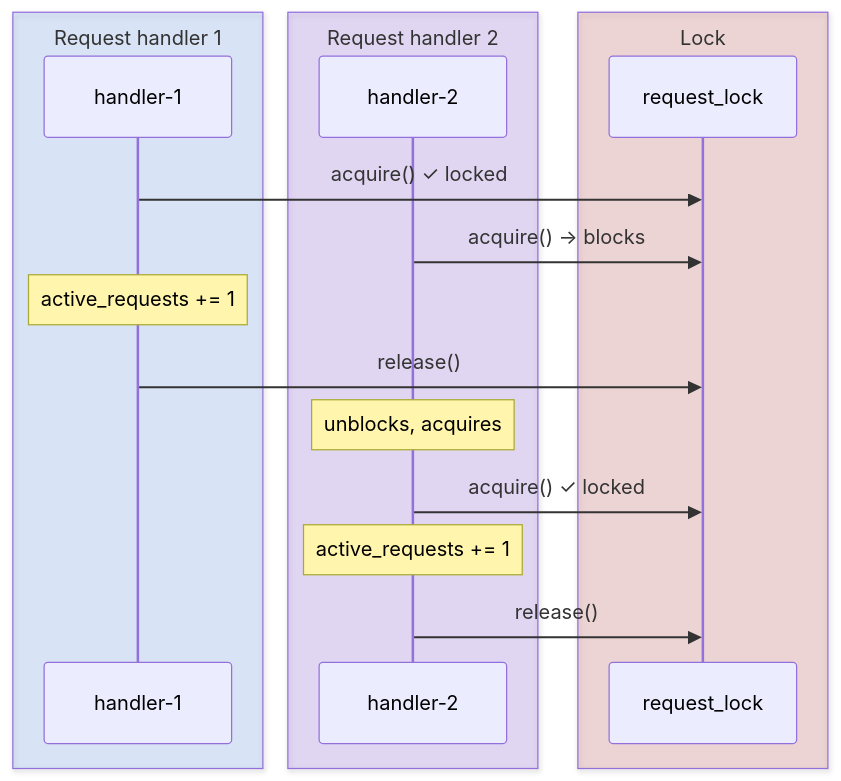
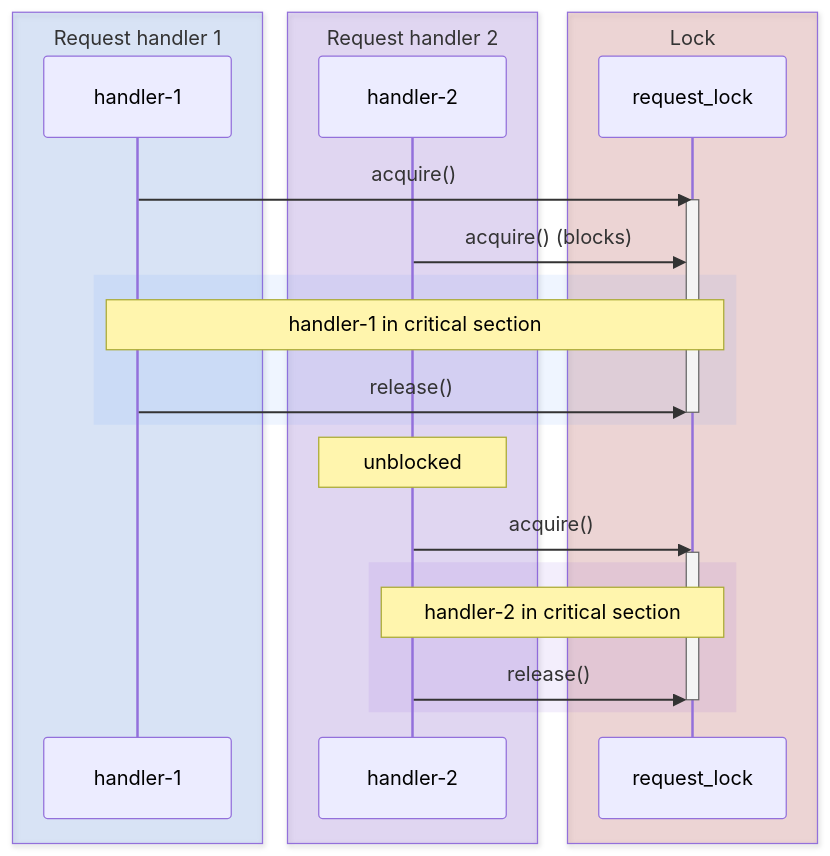
The first of 16 diagrams in content/posts/blanket-deterministic-threading/index.md (gaborbernat/bernat-tech), drawn with Mermaid before and after one commit. The commit also changed other lines of this file, not shown here.

First line of the commit message:
Fix mermaid diagrams: validate with mmdc, fix activation syntax

````diff
--- a/content/posts/blanket-deterministic-threading/index.md
+++ b/content/posts/blanket-deterministic-threading/index.md
@@ -119,21 +119,29 @@
 ```mermaid
 sequenceDiagram
     box rgba(59,130,246,0.15) Request handler 1
-        participant H1 as handler-1
+        participant A as handler-1
     end
     box rgba(109,40,217,0.15) Request handler 2
-        participant H2 as handler-2
+        participant B as handler-2
     end
     box rgba(185,28,28,0.15) Lock
         participant L as request_lock
     end
 
-    H1->>L: acquire() ✓ locked
-    H2->>L: acquire() → blocks
-    Note over H1: active_requests += 1
-    H1->>L: release()
-    Note over H2: unblocks, acquires
-    H2->>L: acquire() ✓ locked
-    Note over H2: active_requests += 1
-    H2->>L: release()
+    A->>L: acquire()
+    activate L
+    B->>L: acquire() (blocks)
+    rect rgba(59,130,246,0.08)
+        Note over A,L: handler-1 in critical section
+        A->>L: release()
+        deactivate L
+    end
+    Note over B: unblocked
+    B->>L: acquire()
+    activate L
+    rect rgba(109,40,217,0.08)
+        Note over B,L: handler-2 in critical section
+        B->>L: release()
+        deactivate L
+    end
 ```
````
